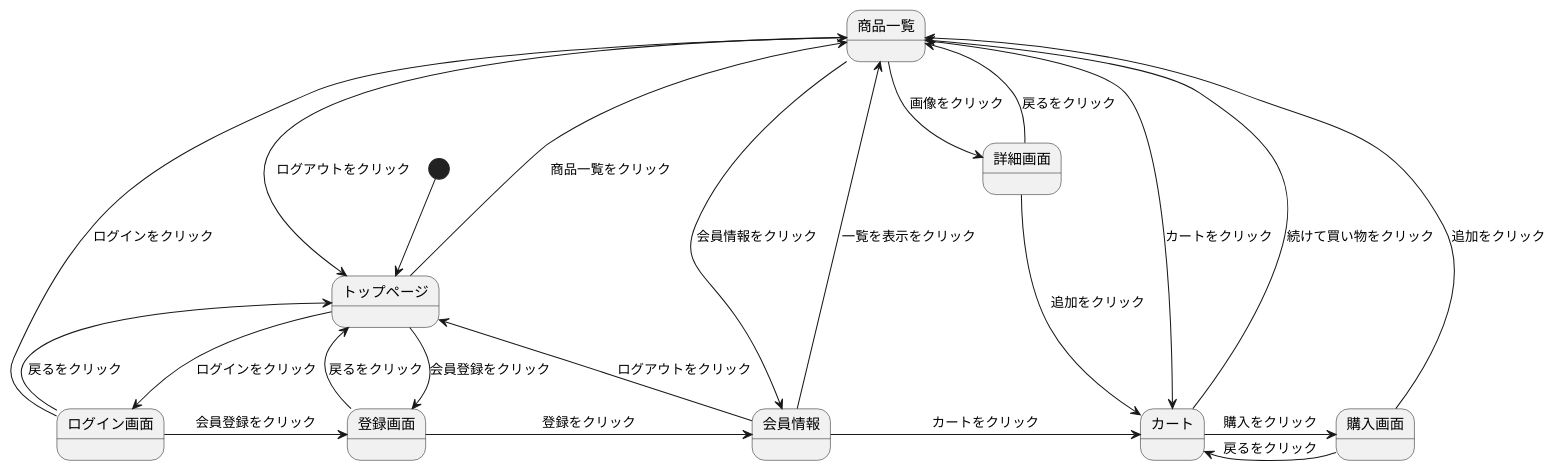
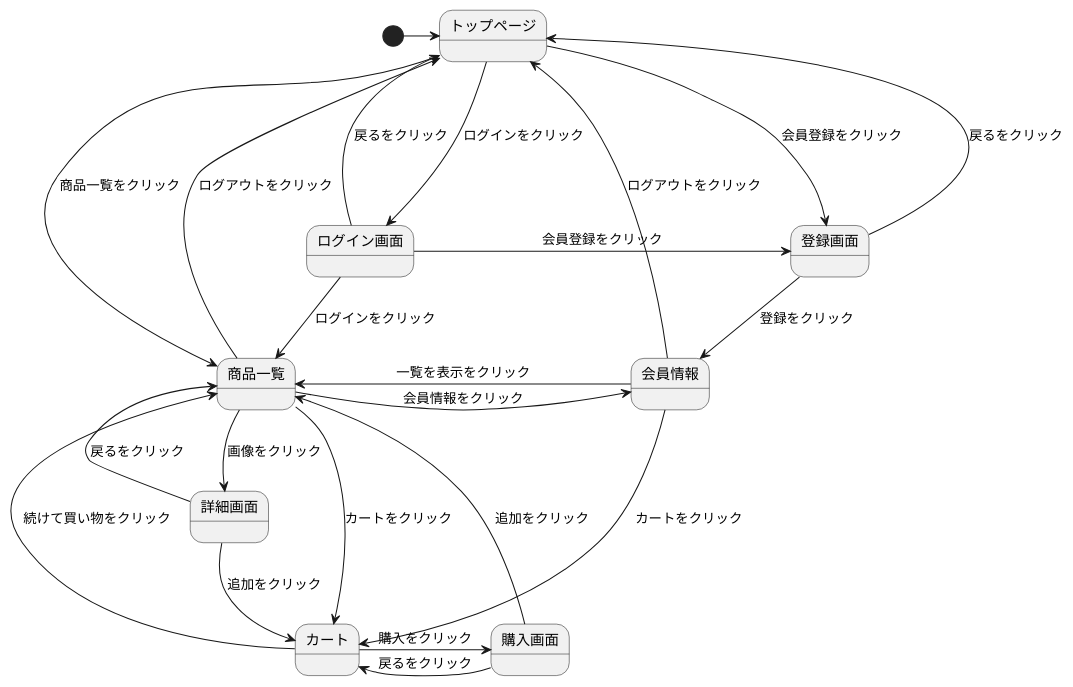
The diagram in gamen.md (Aso2001409/2021sys-design), drawn with PlantUML before and after one commit.

````diff
--- a/gamen.md
+++ b/gamen.md
@@ -1,26 +1,26 @@
 ```uml
 @startuml
-[*]-->トップページ
-トップページ--->商品一覧 :商品一覧をクリック
-トップページ-->ログイン画面 :ログインをクリック
+[*]->トップページ
+トップページ---->商品一覧 :商品一覧をクリック
+トップページ--->ログイン画面 :ログインをクリック
 トップページ-->登録画面 :会員登録をクリック
 商品一覧-->詳細画面 :画像をクリック
 商品一覧--->カート :カートをクリック
 商品一覧->トップページ :ログアウトをクリック
 商品一覧->会員情報 :会員情報をクリック
 詳細画面->商品一覧 :戻るをクリック
 詳細画面->カート :追加をクリック
 カート->商品一覧 :続けて買い物をクリック
 カート->購入画面 :購入をクリック
 購入画面->カート :戻るをクリック
 購入画面->商品一覧 :追加をクリック
 会員情報->商品一覧 :一覧を表示をクリック
 会員情報->カート :カートをクリック
 会員情報->トップページ :ログアウトをクリック
 ログイン画面->商品一覧 :ログインをクリック
 ログイン画面->登録画面 :会員登録をクリック
 ログイン画面->トップページ :戻るをクリック
 登録画面->会員情報 :登録をクリック
 登録画面->トップページ :戻るをクリック
 @enduml
 ```
````
